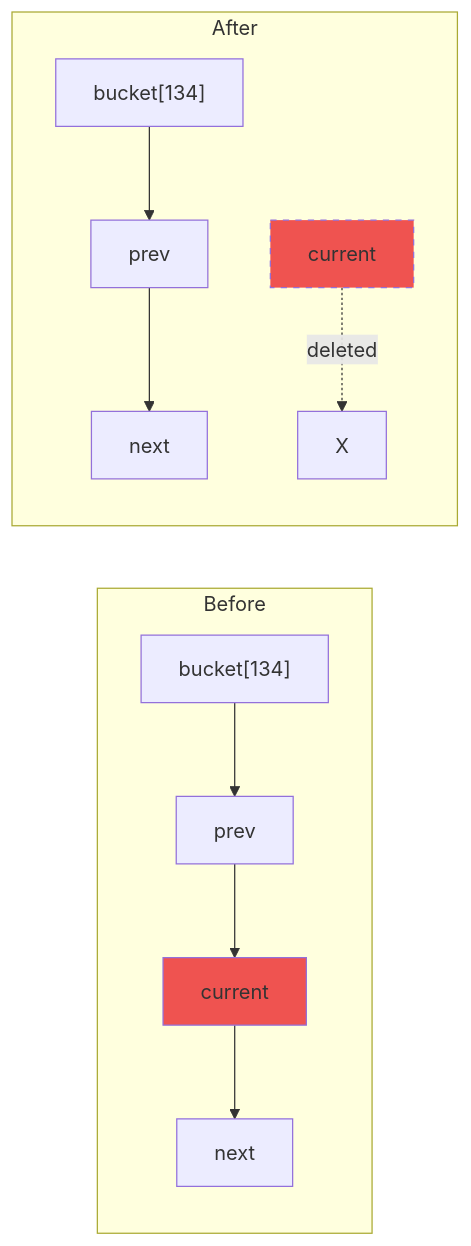
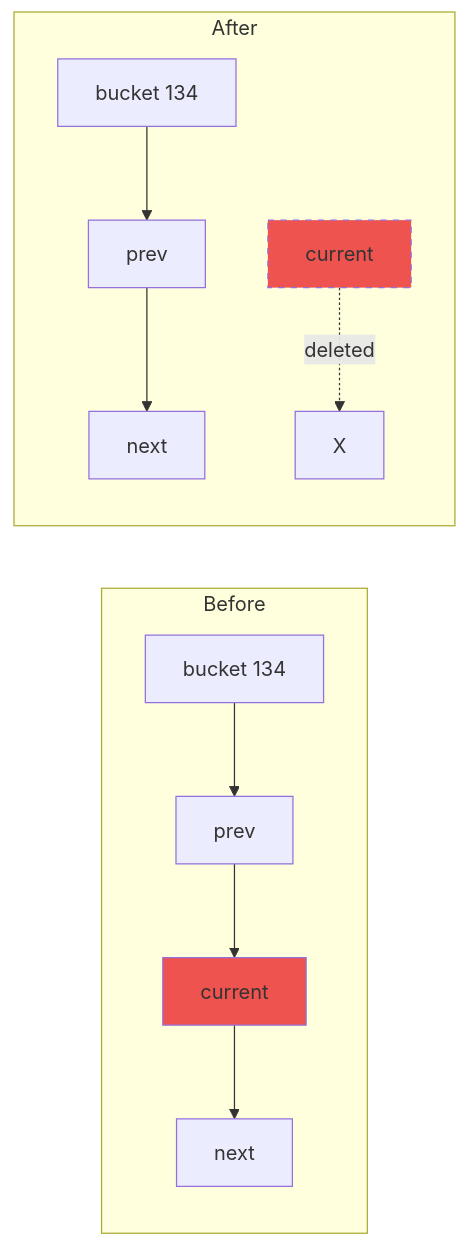
Before and after one commit to Uttam-Mahata/Compiler-Design-LAB: the tenth of 22 diagrams in Assignment-04-TC/SYMBOL_TABLE_IMPLEMENTATION_EXPLAINED.md, drawn with Mermaid. The commit also changed other lines of this file, not shown here.

Commit message:
Update symbol table documentation: enhance clarity in diagrams and improve terminology consistency

````diff
--- a/Assignment-04-TC/SYMBOL_TABLE_IMPLEMENTATION_EXPLAINED.md
+++ b/Assignment-04-TC/SYMBOL_TABLE_IMPLEMENTATION_EXPLAINED.md
@@ -854,17 +854,17 @@
 ```mermaid
 graph LR
     subgraph "Before"
-        B1["bucket[134]"] --> PREV1[prev]
+        B1["bucket 134"] --> PREV1[prev]
         PREV1 --> CUR1[current]
         CUR1 --> NEXT1[next]
     end
     
     subgraph "After"
-        B2["bucket[134]"] --> PREV2[prev]
+        B2["bucket 134"] --> PREV2[prev]
         PREV2 --> NEXT2[next]
         CUR2[current] -.-> |deleted| X1[X]
     end
     
     style CUR1 fill:#ef5350
     style CUR2 fill:#ef5350,stroke-dasharray: 5 5
 ```
````
